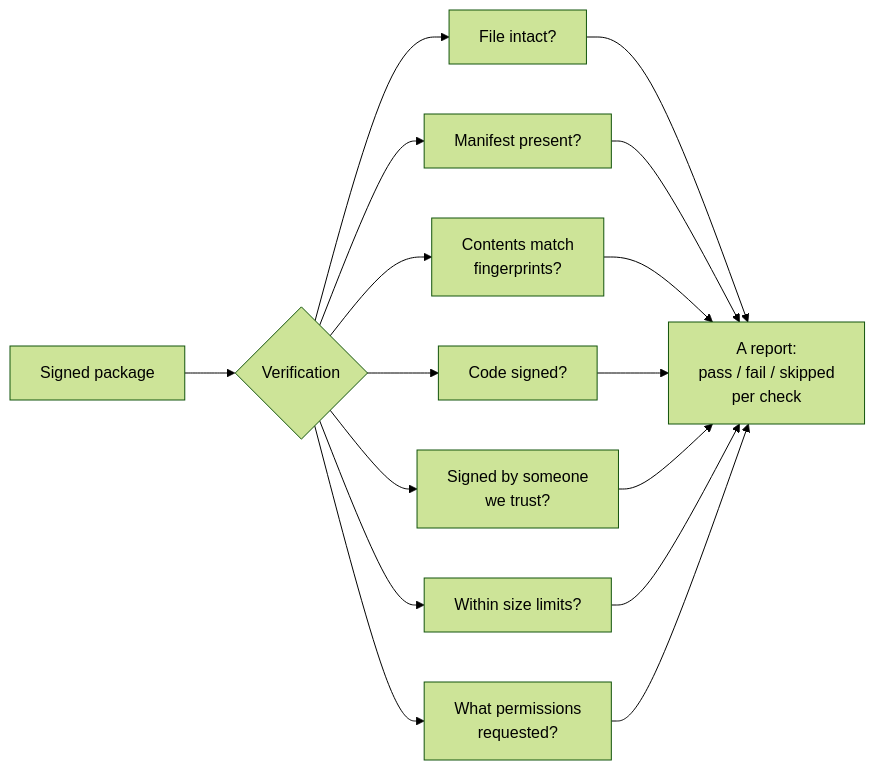
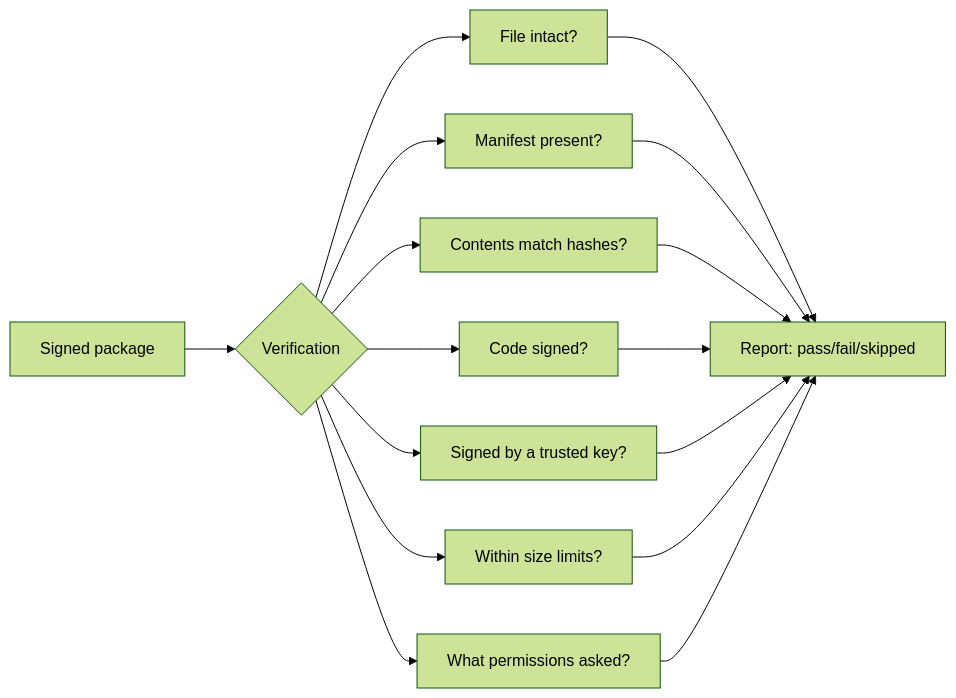
One commit to mondweep/vibe-cast changed the eighth of 9 diagrams in README.md. Above: the diagram before and after it, drawn with Mermaid (forest theme). The commit also changed other lines of this file, not shown here.

````diff
--- a/README.md
+++ b/README.md
@@ -369,12 +395,12 @@
 ```mermaid
 flowchart LR
     PKG["Signed package"] --> V{"Verification"}
     V --> C1["File intact?"]
     V --> C2["Manifest present?"]
-    V --> C3["Contents match<br/>fingerprints?"]
+    V --> C3["Contents match hashes?"]
     V --> C4["Code signed?"]
-    V --> C5["Signed by someone<br/>we trust?"]
+    V --> C5["Signed by a trusted key?"]
     V --> C6["Within size limits?"]
-    V --> C7["What permissions<br/>requested?"]
-    C1 & C2 & C3 & C4 & C5 & C6 & C7 --> OUT["A report:<br/>pass / fail / skipped<br/>per check"]
+    V --> C7["What permissions asked?"]
+    C1 & C2 & C3 & C4 & C5 & C6 & C7 --> OUT["Report: pass/fail/skipped"]
 ```
````
